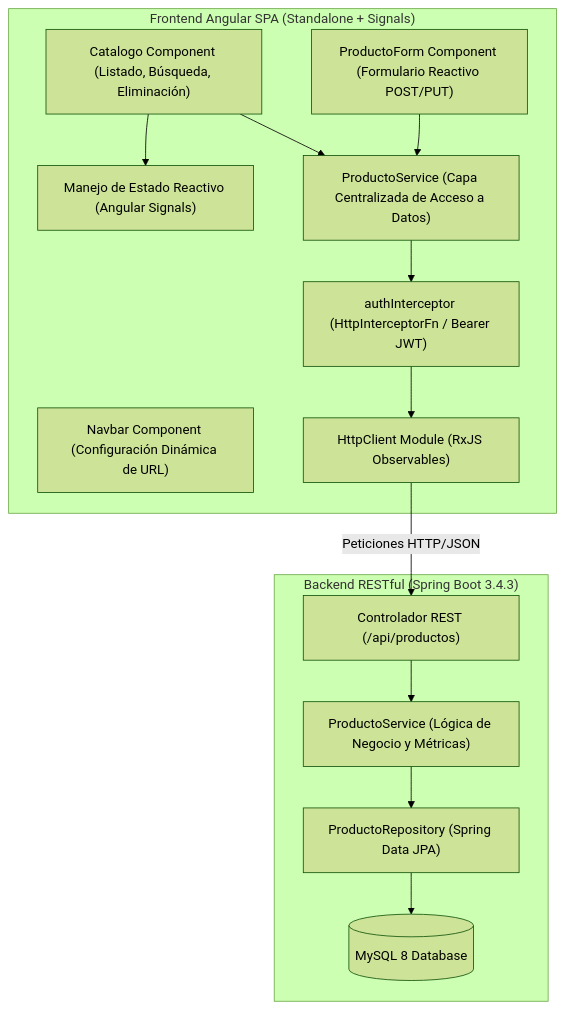
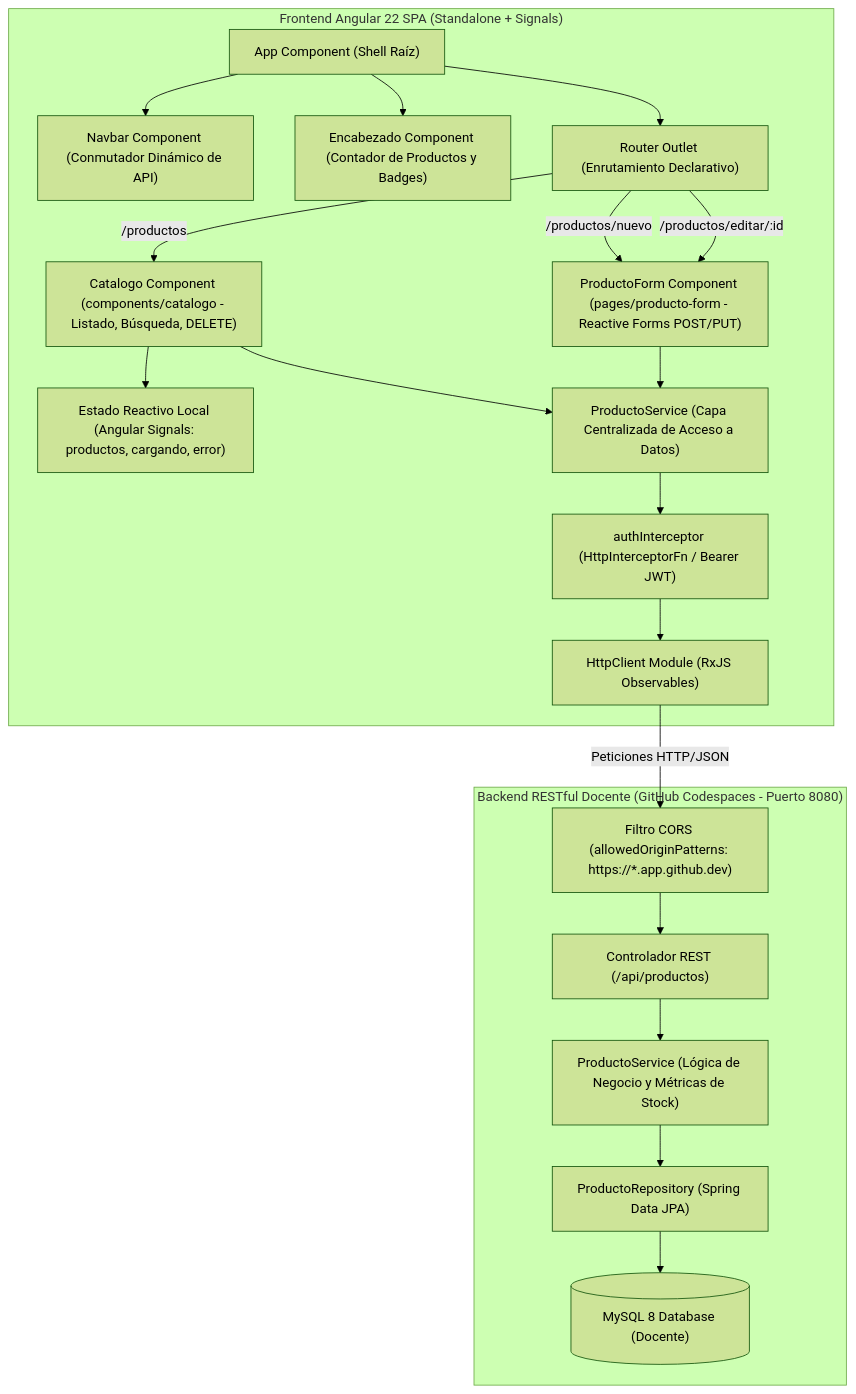
The diagram in README.md (Orlandho/SWAD-LAB08-UPN-angular-consumo-api-docente-codespaces), drawn with Mermaid (forest theme) before and after one commit. The commit also changed other lines of this file and 15 other files, not shown here.

Commit message:
feat: align with official V3 CORREGIDO lab spec (components/catalogo, Encabezado, App shell, and docs)

````diff
--- a/README.md
+++ b/README.md
@@ -28,30 +45,41 @@
 ```mermaid
 graph TD
-    subgraph Frontend["Frontend Angular SPA (Standalone + Signals)"]
-        Navbar["Navbar Component (Configuración Dinámica de URL)"]
-        Catalogo["Catalogo Component (Listado, Búsqueda, Eliminación)"]
-        ProductoForm["ProductoForm Component (Formulario Reactivo POST/PUT)"]
-        Signals["Manejo de Estado Reactivo (Angular Signals)"]
+    subgraph Frontend["Frontend Angular 22 SPA (Standalone + Signals)"]
+        AppRoot["App Component (Shell Raíz)"]
+        Navbar["Navbar Component (Conmutador Dinámico de API)"]
+        Encabezado["Encabezado Component (Contador de Productos y Badges)"]
+        RouterOutlet["Router Outlet (Enrutamiento Declarativo)"]
+        Catalogo["Catalogo Component (components/catalogo - Listado, Búsqueda, DELETE)"]
+        ProductoForm["ProductoForm Component (pages/producto-form - Reactive Forms POST/PUT)"]
+        Signals["Estado Reactivo Local (Angular Signals: productos, cargando, error)"]
         DataService["ProductoService (Capa Centralizada de Acceso a Datos)"]
         Interceptor["authInterceptor (HttpInterceptorFn / Bearer JWT)"]
         HttpClient["HttpClient Module (RxJS Observables)"]
 
+        AppRoot --> Navbar
+        AppRoot --> Encabezado
+        AppRoot --> RouterOutlet
+        RouterOutlet -->|/productos| Catalogo
+        RouterOutlet -->|/productos/nuevo| ProductoForm
+        RouterOutlet -->|/productos/editar/:id| ProductoForm
         Catalogo --> Signals
         Catalogo --> DataService
         ProductoForm --> DataService
         DataService --> Interceptor
         Interceptor --> HttpClient
     end
 
-    subgraph Backend["Backend RESTful (Spring Boot 3.4.3)"]
+    subgraph Backend["Backend RESTful Docente (GitHub Codespaces - Puerto 8080)"]
+        CORS["Filtro CORS (allowedOriginPatterns: https://*.app.github.dev)"]
         Gateway["Controlador REST (/api/productos)"]
-        Service["ProductoService (Lógica de Negocio y Métricas)"]
+        Service["ProductoService (Lógica de Negocio y Métricas de Stock)"]
         Repo["ProductoRepository (Spring Data JPA)"]
-        DB[("MySQL 8 Database")]
+        DB[("MySQL 8 Database (Docente)")]
 
-        HttpClient -->|Peticiones HTTP/JSON| Gateway
+        HttpClient -->|Peticiones HTTP/JSON| CORS
+        CORS --> Gateway
         Gateway --> Service
         Service --> Repo
         Repo --> DB
     end
 ```
````
